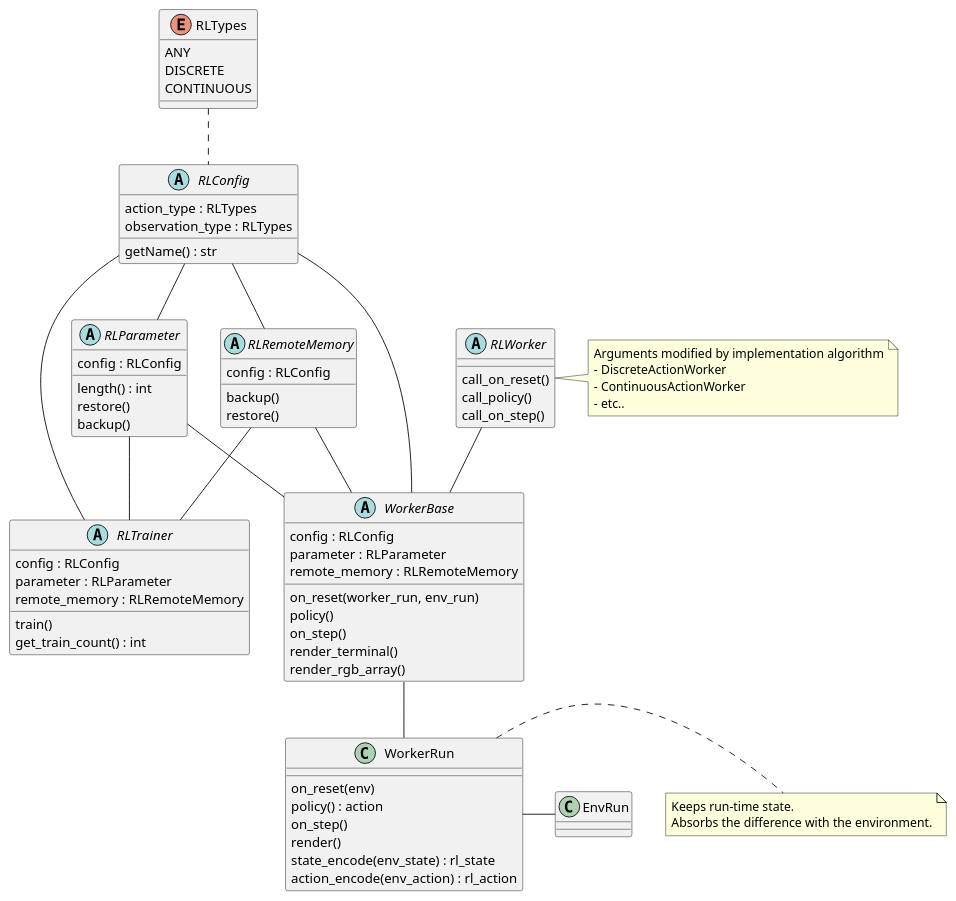
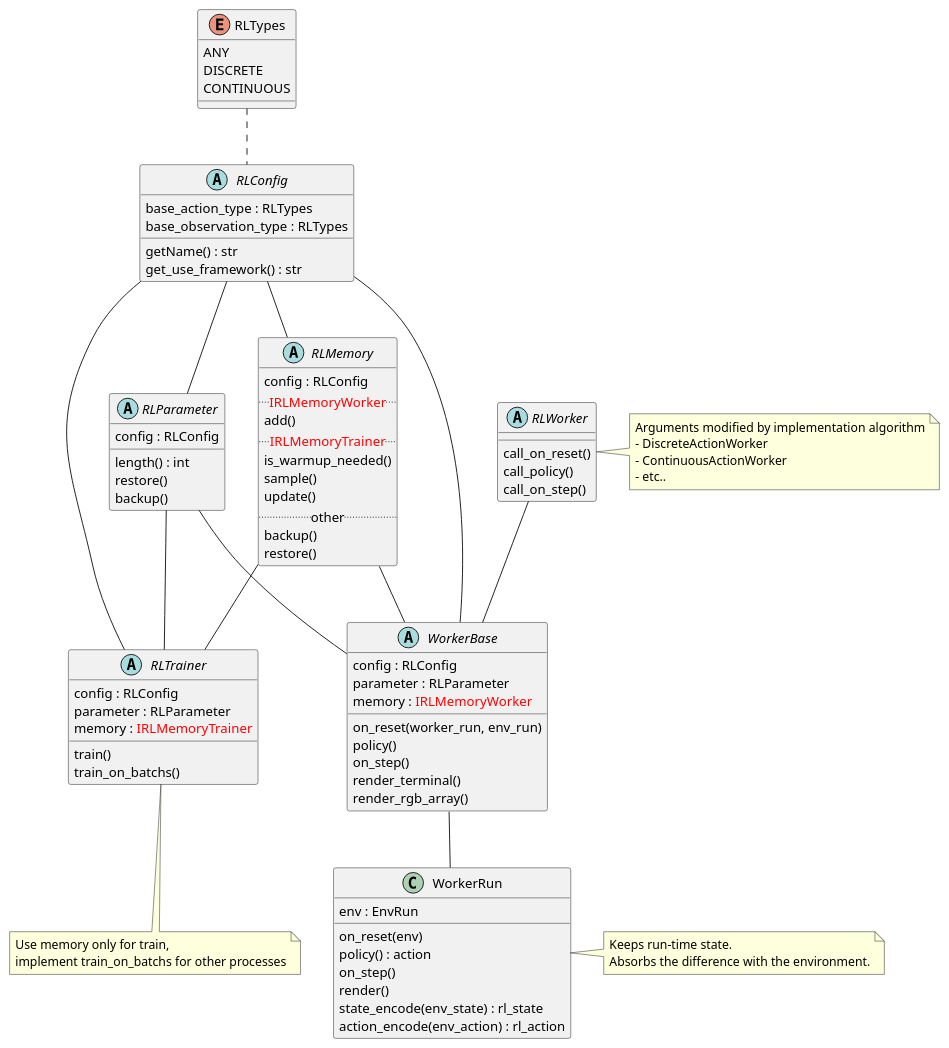
Before and after one commit to pocokhc/simple_distributed_rl: the diagram in diagrams/class_rl.pu, drawn with PlantUML. The commit also changed 32 other files, not shown here.

```diff
--- a/diagrams/class_rl.pu
+++ b/diagrams/class_rl.pu
@@ -1,95 +1,109 @@
 @startuml class_rl
 
 enum RLTypes {
     ANY
     DISCRETE
     CONTINUOUS
 }
 
 
-class EnvRun {}
-
-
 class WorkerRun {
+    env : EnvRun
     on_reset(env)
     policy() : action
     on_step()
     render()
     state_encode(env_state) : rl_state
     action_encode(env_action) : rl_action
 }
-WorkerRun - EnvRun
-
 note "Keeps run-time state.\nAbsorbs the difference with the environment." as WorkerRunMemo
 WorkerRun . WorkerRunMemo
 
 
 abstract WorkerBase {
     config : RLConfig
     parameter : RLParameter
-    remote_memory : RLRemoteMemory
+    memory : <color red>IRLMemoryWorker</color>
     on_reset(worker_run, env_run)
     policy()
     on_step()
     render_terminal()
     render_rgb_array()
 }
 WorkerBase -- WorkerRun
 
 
 abstract RLWorker {
     call_on_reset()
     call_policy()
     call_on_step()
 }
 RLWorker -- WorkerBase
 
+
 note as RLWorkerMemo
 Arguments modified by implementation algorithm
 - DiscreteActionWorker
 - ContinuousActionWorker
 - etc..
 end note
 RLWorker <|- RLWorkerMemo
 
 
 abstract RLTrainer {
     config : RLConfig
     parameter : RLParameter
-    remote_memory : RLRemoteMemory
+    memory : <color red>IRLMemoryTrainer</color>
     train()
-    get_train_count() : int
+    train_on_batchs()
 }
+note as RLTrainerMemo
+Use memory only for train,
+implement train_on_batchs for other processes
+end note
+RLTrainer <|-- RLTrainerMemo
 
-abstract RLRemoteMemory {
+
+abstract RLMemory {
     config : RLConfig
+    .. <color red>IRLMemoryWorker</color> ..
+    add()
+    .. <color red>IRLMemoryTrainer</color> ..
+    is_warmup_needed()
+    sample()
+    update()
+    .. other ..
     backup()
     restore()
 }
+
 
 abstract RLParameter {
     config : RLConfig
     length() : int
     restore()
     backup()
 }
 
+
 abstract RLConfig {
     getName() : str
-    action_type : RLTypes
-    observation_type : RLTypes
+    get_use_framework() : str
+    base_action_type : RLTypes
+    base_observation_type : RLTypes
 }
+
 
 RLTypes .. RLConfig
 
 RLConfig --- WorkerBase
 RLConfig --- RLTrainer
 RLConfig -- RLParameter
-RLConfig -- RLRemoteMemory
+RLConfig -- RLMemory
 
 RLParameter -- WorkerBase
 RLParameter -- RLTrainer
-RLRemoteMemory -- WorkerBase
-RLRemoteMemory -- RLTrainer
+RLMemory -- WorkerBase
+RLMemory -- RLTrainer
 
 @enduml
```
